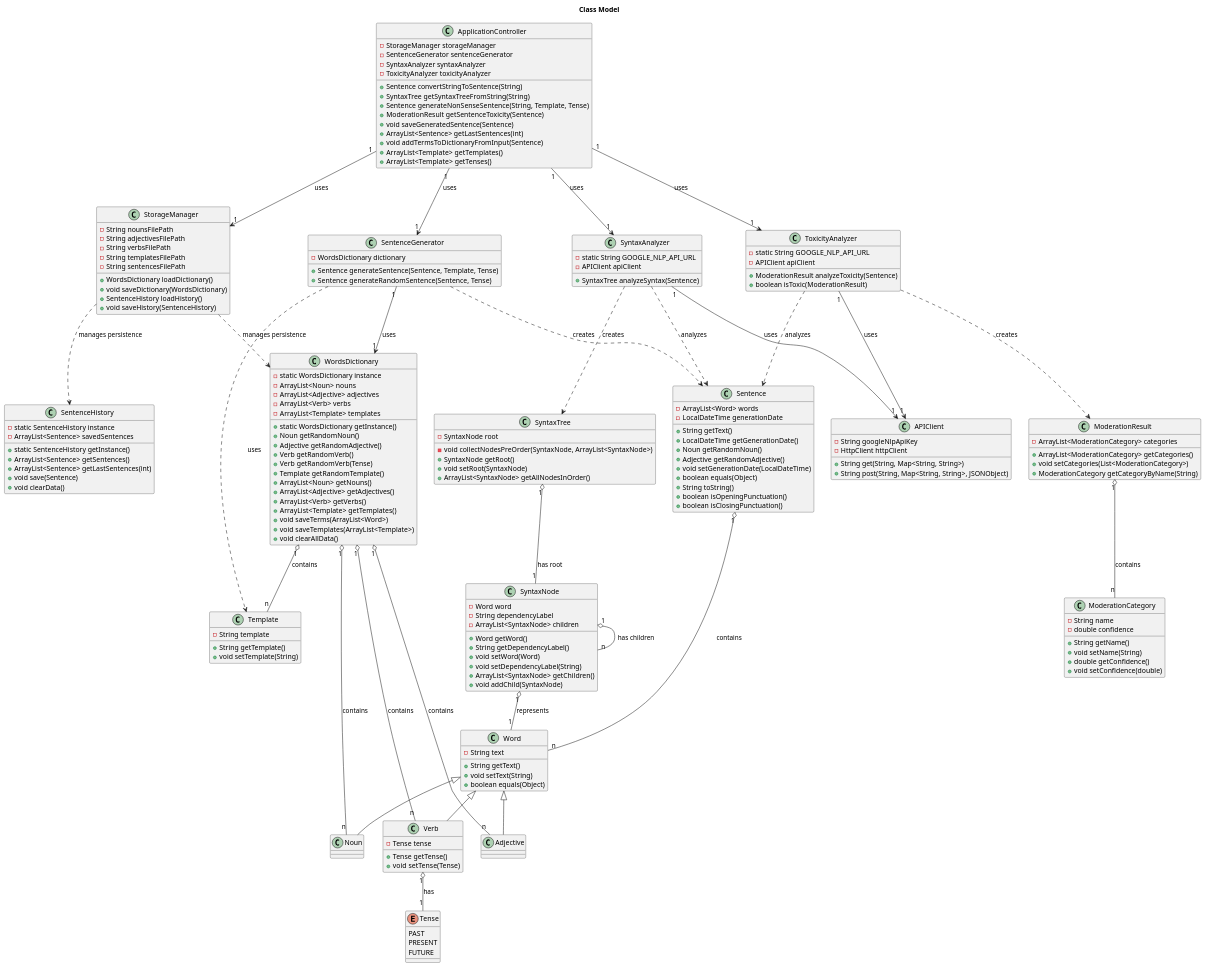
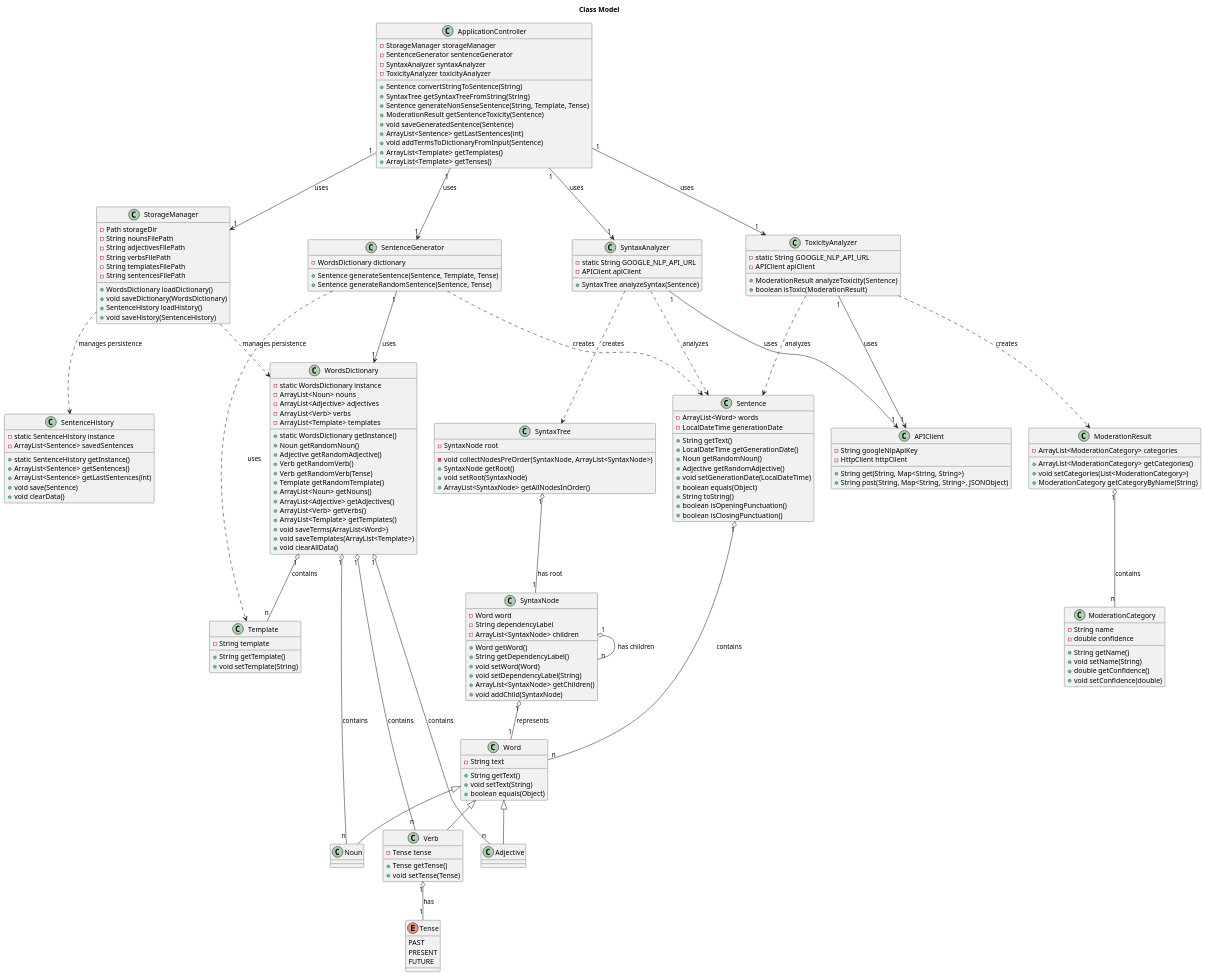
Before and after one commit to liamtoaldo/NonSenseGenerator: the diagram in docs/diagrams/classmodel.plantuml, drawn with PlantUML. The commit also changed 3 other files, not shown here.

```diff
--- a/docs/diagrams/classmodel.plantuml
+++ b/docs/diagrams/classmodel.plantuml
@@ -88,6 +88,7 @@
 
 ' StorageManager agisce come un Data Access Object (DAO) / Repository
 class StorageManager {
+    -Path storageDir
     -String nounsFilePath
     -String adjectivesFilePath
     -String verbsFilePath
```
